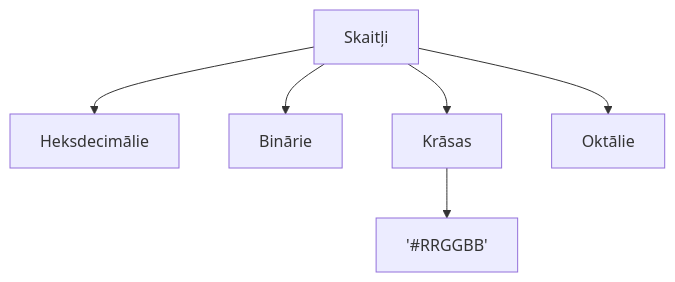
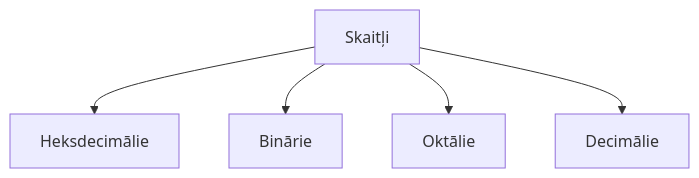
One commit to zazturbo/Mans_JS changed the diagram in Class_02_20220509/README.md. Above: the diagram before and after it, drawn with Mermaid. The commit also changed other lines of this file, not shown here.

Commit message:
Update README.md
color

````diff
--- a/Class_02_20220509/README.md
+++ b/Class_02_20220509/README.md
@@ -9,9 +9,8 @@
 ```mermaid
 graph TD;
 Skaitļi-->Heksdecimālie;
 Skaitļi-->Binārie;
-Skaitļi-->Krāsas;
+
 Skaitļi-->Oktālie;
-Krāsas-->'#RRGGBB';
-
-```
+Skaitļi-->Decimālie;
+```  
````
